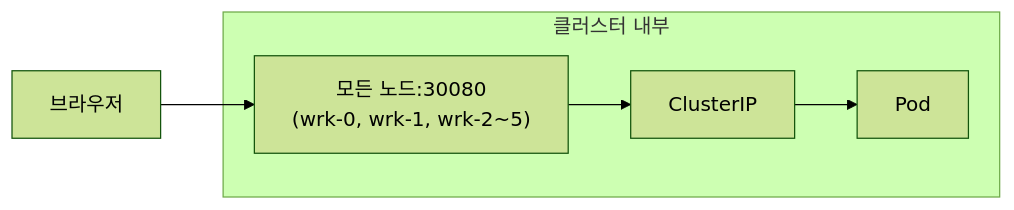
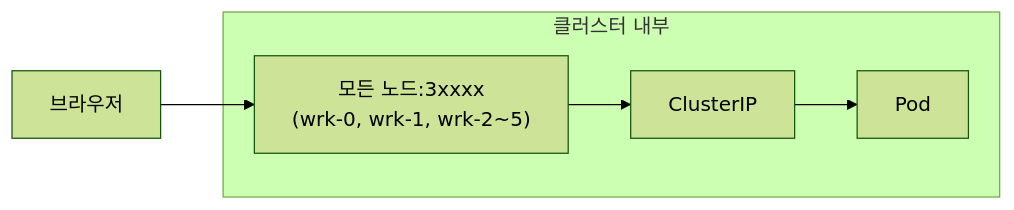
The fourth of 5 diagrams in day1/ch05-service-networking/README.md (garlicKim21/kubernetes-onprem-training), drawn with Mermaid (forest theme) before and after one commit. The commit also changed other lines of this file and 7 other files, not shown here.

````diff
--- a/day1/ch05-service-networking/README.md
+++ b/day1/ch05-service-networking/README.md
@@ -90,8 +90,8 @@
 ```mermaid
 graph LR
-    browser["브라우저"] --> nodeport["모든 노드:30080<br/>(wrk-0, wrk-1, wrk-2~5)"]
+    browser["브라우저"] --> nodeport["모든 노드:3xxxx<br/>(wrk-0, wrk-1, wrk-2~5)"]
     subgraph cluster["클러스터 내부"]
         nodeport --> clusterIP["ClusterIP"]
         clusterIP --> pod["Pod"]
     end
 ```
````
